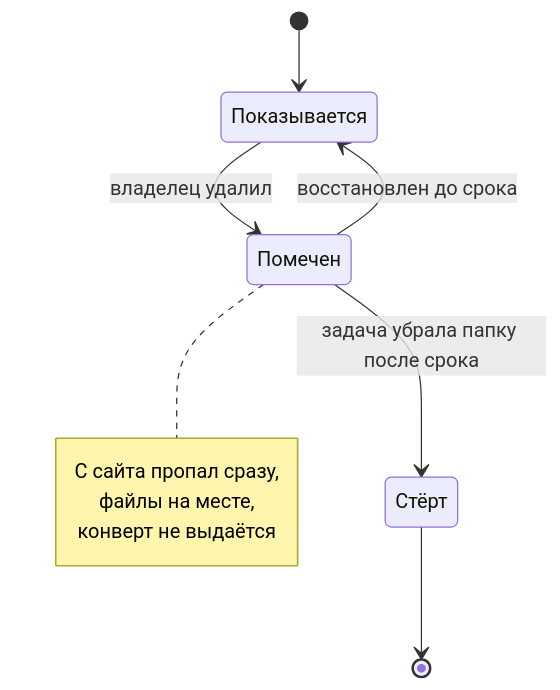
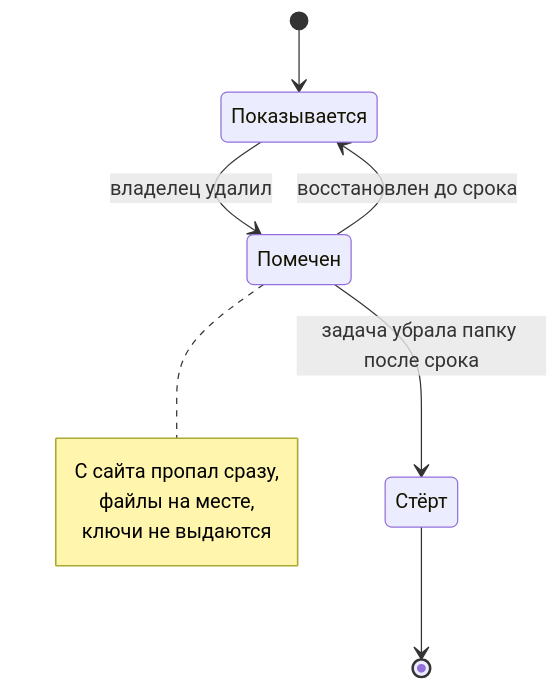
The fifth of 6 diagrams in docs/whg/39-video.md (Vovanda/WebHolyGrail), drawn with Mermaid before and after one commit. The commit also changed other lines of this file and 8 other files, not shown here.

````diff
--- a/docs/whg/39-video.md
+++ b/docs/whg/39-video.md
@@ -243,14 +277,14 @@
 ```mermaid
 stateDiagram-v2
     [*] --> Показывается
     Показывается --> Помечен: владелец удалил
     Помечен --> Показывается: восстановлен до срока
     Помечен --> Стёрт: задача убрала папку после срока
     Стёрт --> [*]
 
     note right of Помечен
         С сайта пропал сразу,
         файлы на месте,
-        конверт не выдаётся
+        ключи не выдаются
     end note
 ```
````
